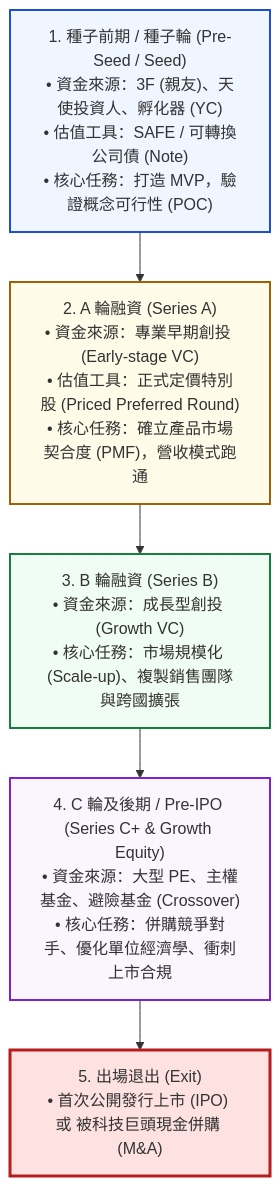
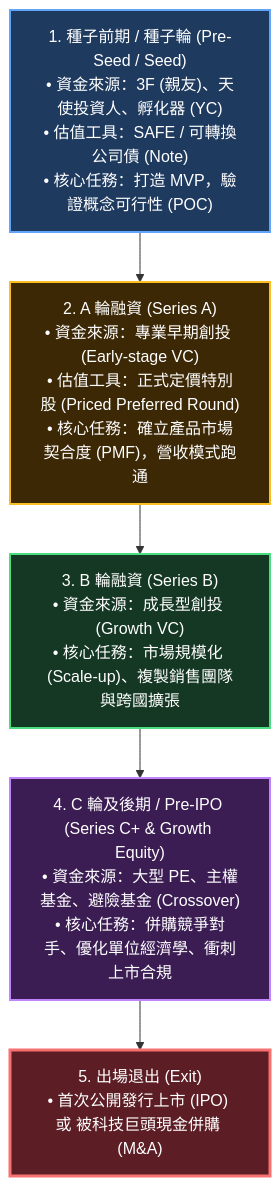
One commit to Jimlin0428/my-digital-garden changed the diagram in src/site/notes/98_商業概念庫/equity-financing_股權融資.md. Above: the diagram before and after it, drawn with Mermaid. The commit also changed 58 other files, not shown here.

````diff
--- a/src/site/notes/98_商業概念庫/equity-financing_股權融資.md
+++ b/src/site/notes/98_商業概念庫/equity-financing_股權融資.md
@@ -49,16 +49,16 @@
 ```mermaid
 flowchart TD
     R1["1. 種子前期 / 種子輪 (Pre-Seed / Seed)<br/>• 資金來源：3F (親友)、天使投資人、孵化器 (YC)<br/>• 估值工具：SAFE / 可轉換公司債 (Note)<br/>• 核心任務：打造 MVP，驗證概念可行性 (POC)"]
     R2["2. A 輪融資 (Series A)<br/>• 資金來源：專業早期創投 (Early-stage VC)<br/>• 估值工具：正式定價特別股 (Priced Preferred Round)<br/>• 核心任務：確立產品市場契合度 (PMF)，營收模式跑通"]
     R3["3. B 輪融資 (Series B)<br/>• 資金來源：成長型創投 (Growth VC)<br/>• 核心任務：市場規模化 (Scale-up)、複製銷售團隊與跨國擴張"]
     R4["4. C 輪及後期 / Pre-IPO (Series C+ & Growth Equity)<br/>• 資金來源：大型 PE、主權基金、避險基金 (Crossover)<br/>• 核心任務：併購競爭對手、優化單位經濟學、衝刺上市合規"]
     R5["5. 出場退出 (Exit)<br/>• 首次公開發行上市 (IPO) 或 被科技巨頭現金併購 (M&A)"]
 
     R1 --> R2 --> R3 --> R4 --> R5
 
-    style R1 fill:#eff6ff,stroke:#1d4ed8,stroke-width:2px
-    style R2 fill:#fefce8,stroke:#a16207,stroke-width:2px
-    style R3 fill:#f0fdf4,stroke:#15803d,stroke-width:2px
-    style R4 fill:#faf5ff,stroke:#7e22ce,stroke-width:2px
-    style R5 fill:#fee2e2,stroke:#b91c1c,stroke-width:3px
+    style R1 fill:#1e3a5f,stroke:#60a5fa,stroke-width:2px,color:#ffffff
+    style R2 fill:#3d2806,stroke:#fbbf24,stroke-width:2px,color:#ffffff
+    style R3 fill:#143823,stroke:#4ade80,stroke-width:2px,color:#ffffff
+    style R4 fill:#3b1d54,stroke:#c084fc,stroke-width:2px,color:#ffffff
+    style R5 fill:#5c1d24,stroke:#f87171,stroke-width:3px,color:#ffffff
 ```
````
